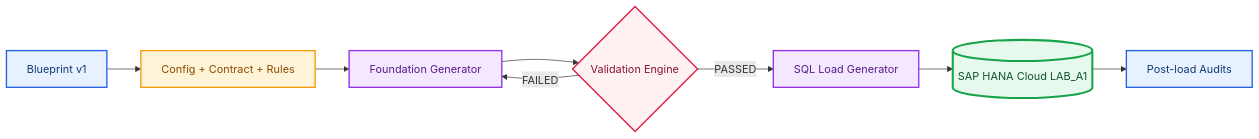
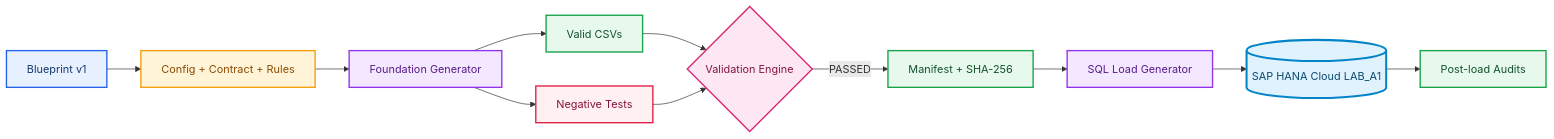
One commit to OrlandoCaetano2026/SAP_HANA_Cloud_Data_Engineering_Learning changed the first of 2 diagrams in Docs/A — Data & SAP-MES Master Data Foundation/BR/01-a1-fundacao-de-dados-relacionais.md. Above: the diagram before and after it, drawn with Mermaid. The commit also changed other lines of this file and 1 other file, not shown here.

Commit message:
Enhance A1 relational foundation documentation with complete technical narrative

````diff
--- a/Docs/A — Data & SAP-MES Master Data Foundation/BR/01-a1-fundacao-de-dados-relacionais.md
+++ b/Docs/A — Data & SAP-MES Master Data Foundation/BR/01-a1-fundacao-de-dados-relacionais.md
@@ -21,13 +52,17 @@
 ```mermaid
 flowchart LR
-    B["Blueprint v1"]:::a --> C["Config + Contract + Rules"]:::b --> G["Foundation Generator"]:::c
-    G --> V{"Validation Engine"}:::d
-    V -->|PASSED| S["SQL Load Generator"]:::c --> H[("SAP HANA Cloud LAB_A1")]:::e
-    H --> A["Post-load Audits"]:::a
-    V -->|FAILED| G
-    classDef a fill:#E8F1FF,stroke:#2563EB,color:#123A70,stroke-width:2px;
-    classDef b fill:#FFF3D8,stroke:#F59E0B,color:#8A4B00,stroke-width:2px;
-    classDef c fill:#F3E8FF,stroke:#9333EA,color:#581C87,stroke-width:2px;
-    classDef d fill:#FFF1F2,stroke:#E11D48,color:#881337,stroke-width:2px;
-    classDef e fill:#E7F8EC,stroke:#16A34A,color:#14532D,stroke-width:3px;
+ BP["Blueprint v1"]:::blue --> CFG["Config + Contract + Rules"]:::yellow --> GEN["Foundation Generator"]:::purple
+ GEN --> V["Valid CSVs"]:::green
+ GEN --> N["Negative Tests"]:::red
+ V --> VE{"Validation Engine"}:::decision
+ N --> VE
+ VE -->|PASSED| MAN["Manifest + SHA-256"]:::green --> SQL["SQL Load Generator"]:::purple --> H[("SAP HANA Cloud LAB_A1")]:::hana
+ H --> AUD["Post-load Audits"]:::green
+ classDef blue fill:#E8F1FF,stroke:#2563EB,color:#123A70,stroke-width:2px;
+ classDef yellow fill:#FFF3D8,stroke:#F59E0B,color:#8A4B00,stroke-width:2px;
+ classDef purple fill:#F3E8FF,stroke:#9333EA,color:#581C87,stroke-width:2px;
+ classDef green fill:#E7F8EC,stroke:#16A34A,color:#14532D,stroke-width:2px;
+ classDef red fill:#FFF1F2,stroke:#E11D48,color:#881337,stroke-width:2px;
+ classDef decision fill:#FCE7F3,stroke:#DB2777,color:#831843,stroke-width:2px;
+ classDef hana fill:#E0F2FE,stroke:#0284C7,color:#0C4A6E,stroke-width:3px;
 ```
````
